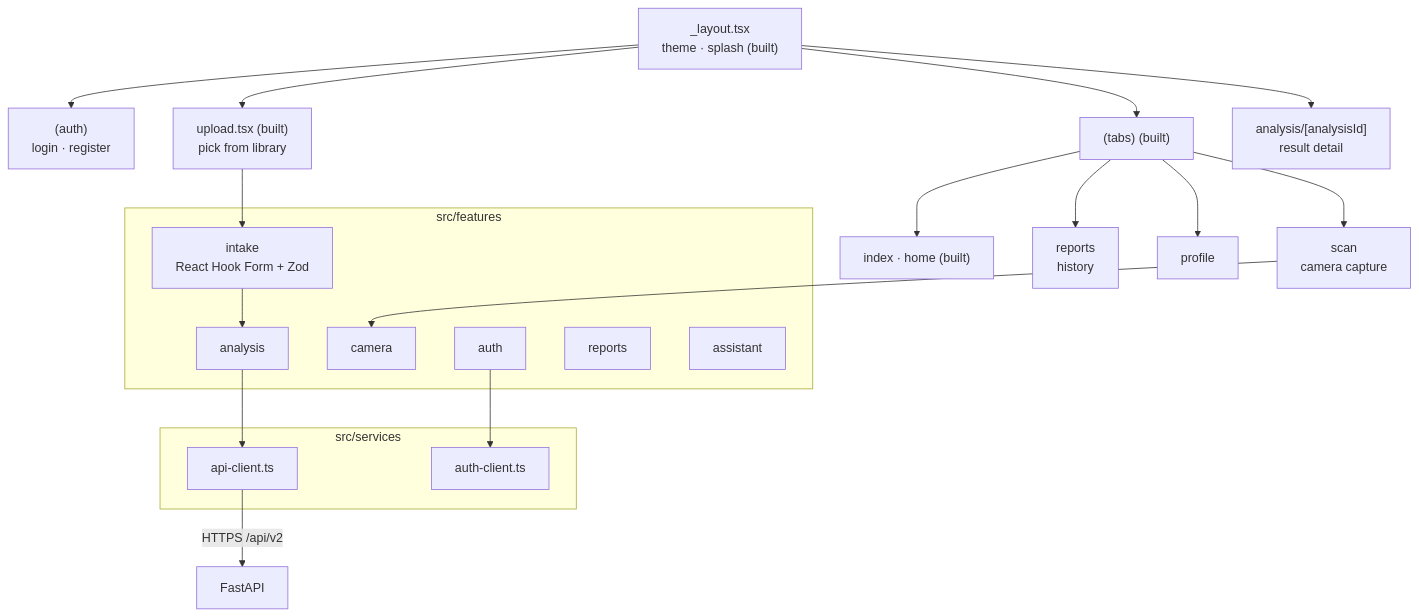
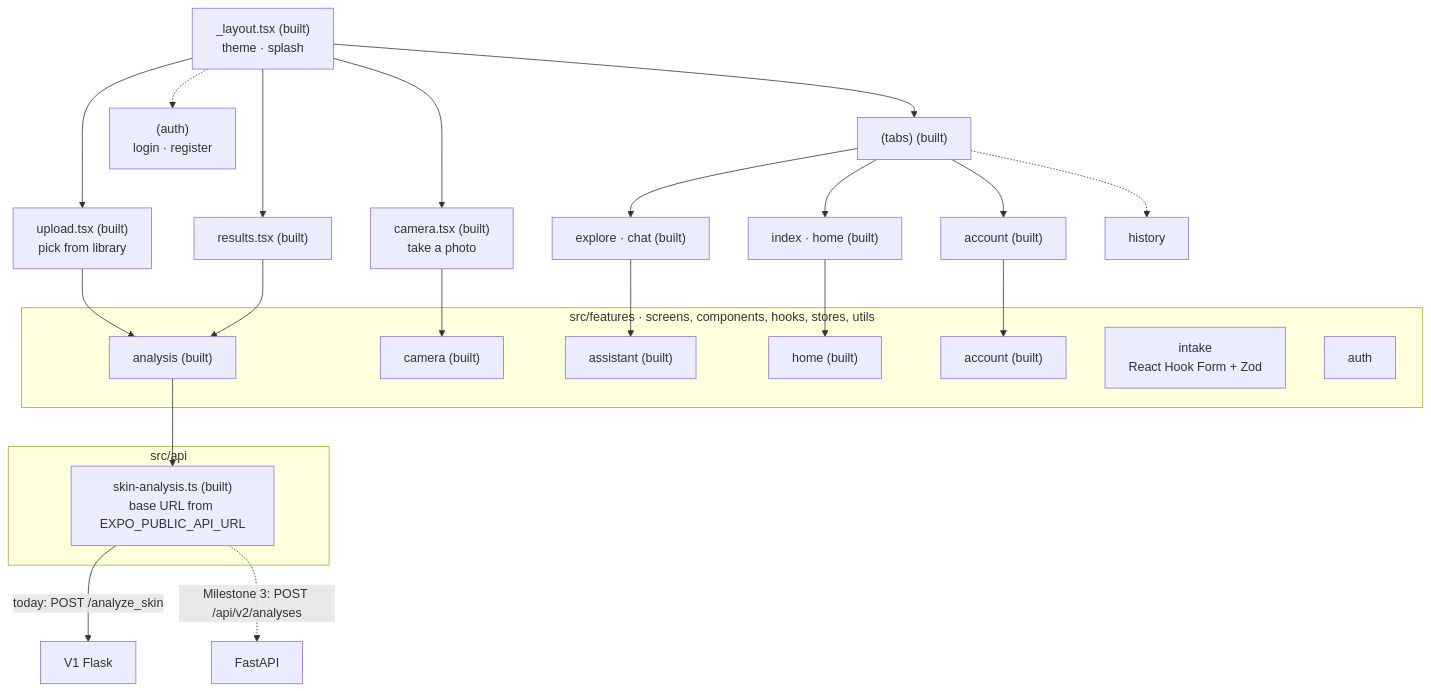
The ninth of 11 diagrams in docs/architecture/V2_ARCHITECTURE_DIAGRAMS.md (raul559/Capstone460v2), drawn with Mermaid before and after one commit. The commit also changed other lines of this file and 7 other files, not shown here.

````diff
--- a/docs/architecture/V2_ARCHITECTURE_DIAGRAMS.md
+++ b/docs/architecture/V2_ARCHITECTURE_DIAGRAMS.md
@@ -381,34 +383,38 @@
 ```mermaid
 flowchart TB
-    root["_layout.tsx<br/>theme · splash (built)"]
-    root --> auth["(auth)<br/>login · register"]
+    root["_layout.tsx (built)<br/>theme · splash"]
     root --> tabs["(tabs) (built)"]
     root --> upload["upload.tsx (built)<br/>pick from library"]
-    root --> detail["analysis/[analysisId]<br/>result detail"]
+    root --> camera["camera.tsx (built)<br/>take a photo"]
+    root --> results["results.tsx (built)"]
+    root -.-> auth["(auth)<br/>login · register"]
 
     tabs --> home["index · home (built)"]
-    tabs --> scan["scan<br/>camera capture"]
-    tabs --> reports["reports<br/>history"]
-    tabs --> profile["profile"]
+    tabs --> chat["explore · chat (built)"]
+    tabs --> account["account (built)"]
+    tabs -.-> history["history"]
 
-    subgraph features["src/features"]
-        f1["auth"]
-        f2["camera"]
-        f3["intake<br/>React Hook Form + Zod"]
-        f4["analysis"]
-        f5["reports"]
-        f6["assistant"]
+    subgraph features["src/features · screens, components, hooks, stores, utils"]
+        fa["analysis (built)"]
+        fc["camera (built)"]
+        fs["assistant (built)"]
+        fh["home (built)"]
+        fac["account (built)"]
+        fi["intake<br/>React Hook Form + Zod"]
+        fau["auth"]
     end
 
-    subgraph svc["src/services"]
-        c1["api-client.ts"]
-        c2["auth-client.ts"]
+    subgraph api["src/api"]
+        c1["skin-analysis.ts (built)<br/>base URL from EXPO_PUBLIC_API_URL"]
     end
 
-    scan --> f2
-    upload --> f3
-    f3 --> f4
-    f4 --> c1
-    f1 --> c2
-    c1 -- "HTTPS /api/v2" --> backend["FastAPI"]
+    upload --> fa
+    results --> fa
+    camera --> fc
+    chat --> fs
+    home --> fh
+    account --> fac
+    fa --> c1
+    c1 -- "today: POST /analyze_skin" --> v1["V1 Flask"]
+    c1 -. "Milestone 3: POST /api/v2/analyses" .-> backend["FastAPI"]
 ```
````
